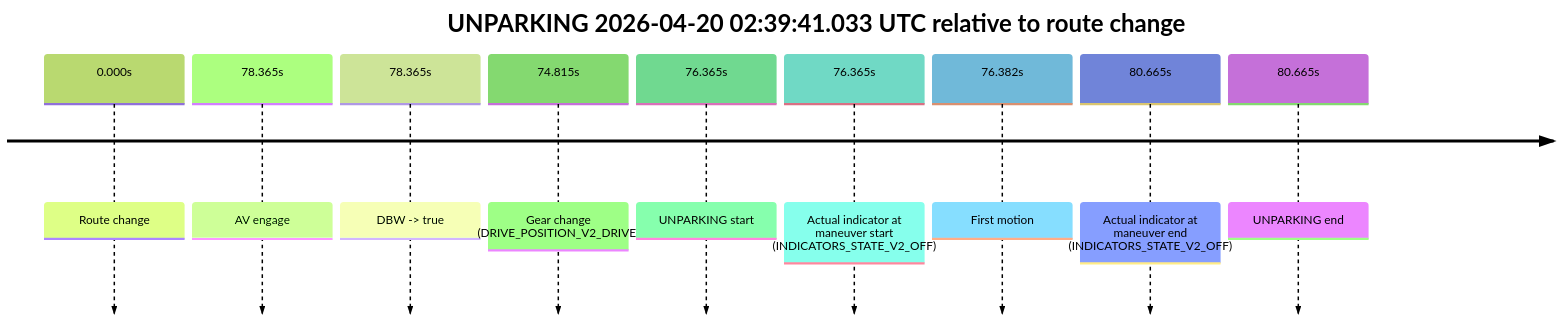
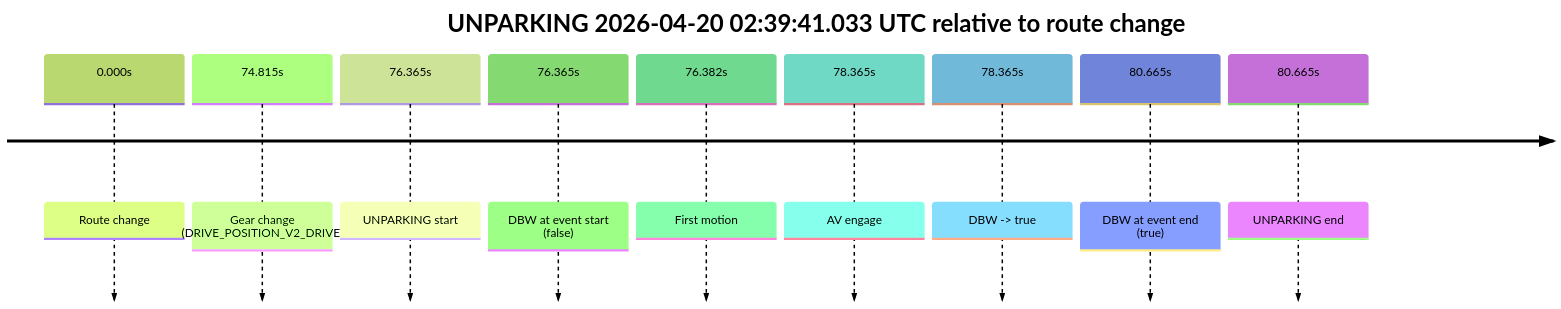
The diagram in model_analysis/report_cards/2026/04/Week-4/fme10005--2026-04-20--02-18-11--gen2-av-ad4c46c2-c6a8-4daf-8613-c4cd74b67abf.md (yoelshapiro/vault), drawn with Mermaid (forest theme) before and after one commit. The commit also changed other lines of this file and 85 other files, not shown here.

````diff
--- a/model_analysis/report_cards/2026/04/Week-4/fme10005--2026-04-20--02-18-11--gen2-av-ad4c46c2-c6a8-4daf-8613-c4cd74b67abf.md
+++ b/model_analysis/report_cards/2026/04/Week-4/fme10005--2026-04-20--02-18-11--gen2-av-ad4c46c2-c6a8-4daf-8613-c4cd74b67abf.md
@@ -42,13 +42,13 @@
 ```mermaid
 timeline
     title UNPARKING 2026-04-20 02:39:41.033 UTC relative to route change
     0.000s : Route change
+    74.815s : Gear change (DRIVE_POSITION_V2_DRIVE)
+    76.365s : UNPARKING start
+    76.365s : DBW at event start (false)
+    76.382s : First motion
     78.365s : AV engage
     78.365s : DBW -> true
-    74.815s : Gear change (DRIVE_POSITION_V2_DRIVE)
-    76.365s : UNPARKING start
-    76.365s : Actual indicator at maneuver start (INDICATORS_STATE_V2_OFF)
-    76.382s : First motion
-    80.665s : Actual indicator at maneuver end (INDICATORS_STATE_V2_OFF)
+    80.665s : DBW at event end (true)
     80.665s : UNPARKING end
 ```
````
